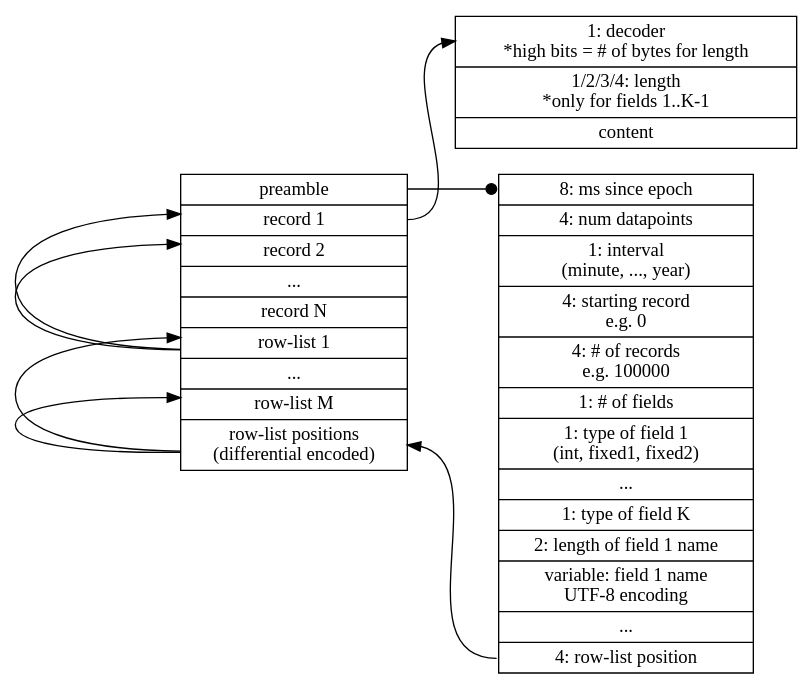
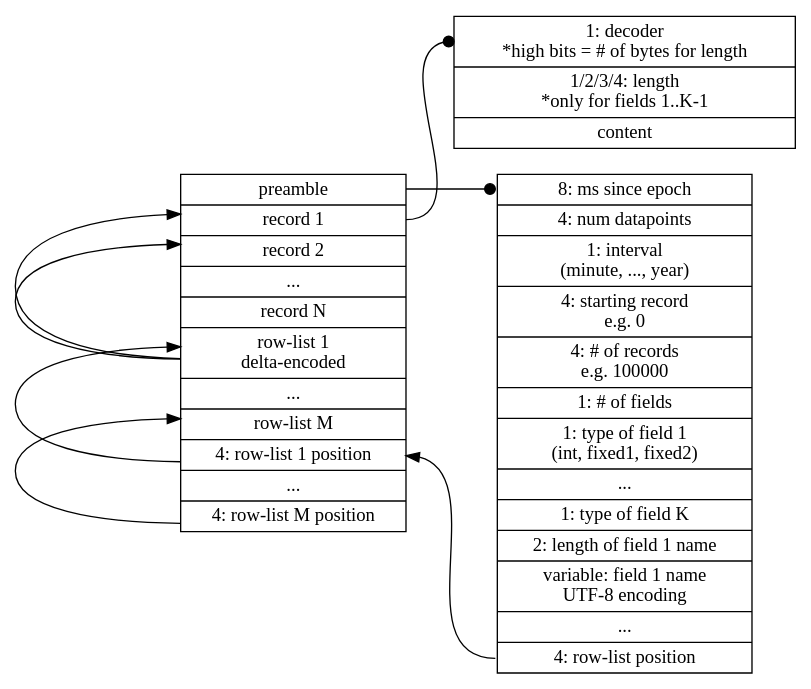
Before and after one commit to cldellow/manu: the diagram in format/format.dot, drawn with Graphviz. The commit also changed 3 other files, not shown here.

```diff
--- a/format/format.dot
+++ b/format/format.dot
@@ -1,47 +1,49 @@
 digraph structs {
   node [shape=record];
   rankdir=LR;
 
   composite [ label ="<preamble> preamble |
   <record1> record 1 |
   <record2> record 2 |
   ... |
   record N |
-  <rowlist1> row-list 1 |
+  <rowlist1> row-list 1\ndelta-encoded |
   ... |
   <rowlistm> row-list M |
-  <rowlistpos> row-list positions\n(differential encoded)
+  <rowlistpos> 4: row-list 1 position |
+  ... |
+  <rowlistposm> 4: row-list M position
 
   " ];
 
   preamble [ label="<epoch> 8: ms since epoch |
   4: num datapoints |
   1: interval\n(minute, ..., year) |
   4: starting record\ne.g. 0 |
   4: # of records\ne.g. 100000 |
   1: # of fields |
   1: type of field 1\n(int, fixed1, fixed2) |
   ... |
   1: type of field K |
   2: length of field 1 name |
   variable: field 1 name\nUTF-8 encoding |
   ... |
   <rowlistpos> 4: row-list position
   " ];
 
   record [ label = "<decoder>1: decoder\n*high bits = # of bytes for length |
   1/2/3/4: length\n*only for fields 1..K-1 |
   content
   " ];
 
   composite:preamble -> preamble:epoch [arrowhead=dot];
 
   preamble:rowlistpos -> composite:rowlistpos;
 
   composite:rowlistpos -> composite:rowlist1;
-  composite:rowlistpos -> composite:rowlistm;
+  composite:rowlistposm -> composite:rowlistm;
 
-  composite:record1 -> record:decoder;
+  composite:record1 -> record:decoder [arrowhead=dot];
   composite:rowlist1 -> composite:record1;
   composite:rowlist1 -> composite:record2;
 }
```
